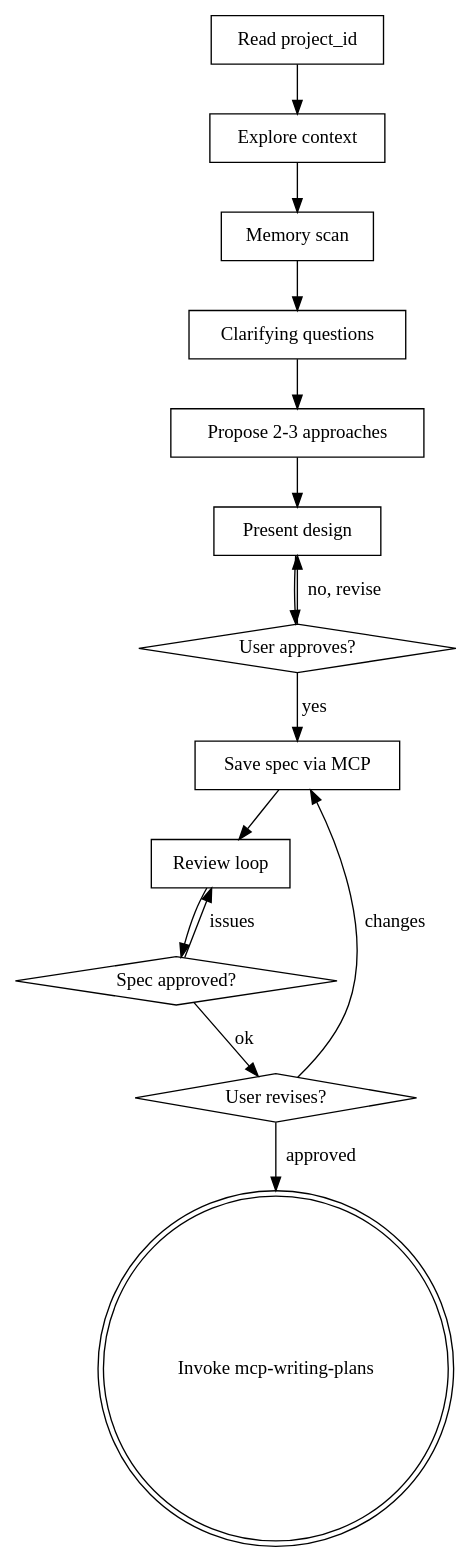
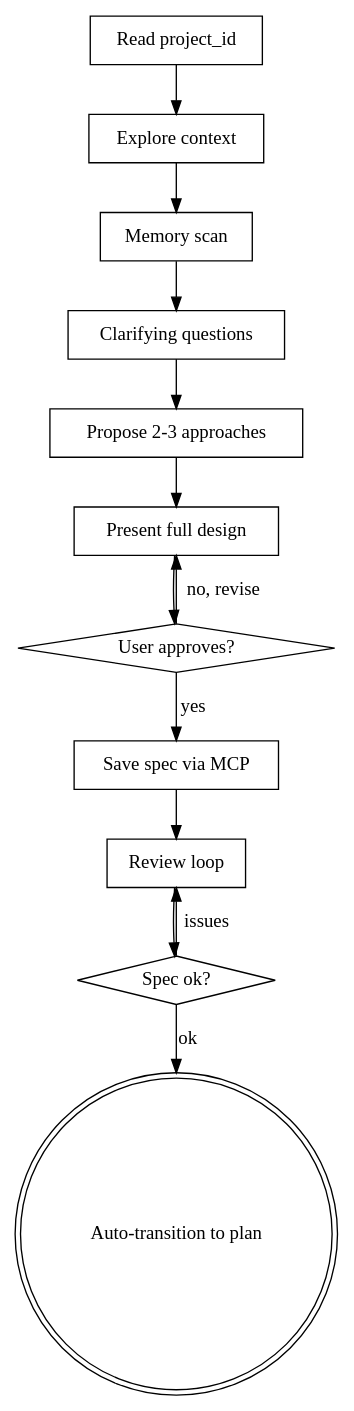
One commit to necos98/Manager-AI changed the diagram in .claude/skills/mcp-brainstorming/SKILL.md. Above: the diagram before and after it, drawn with Graphviz. The commit also changed other lines of this file and 25 other files, not shown here.

````diff
--- a/.claude/skills/mcp-brainstorming/SKILL.md
+++ b/.claude/skills/mcp-brainstorming/SKILL.md
@@ -37,31 +36,28 @@
 ```dot
 digraph mcp_brainstorming {
     "Read project_id" [shape=box];
     "Explore context" [shape=box];
     "Memory scan" [shape=box];
     "Clarifying questions" [shape=box];
     "Propose 2-3 approaches" [shape=box];
-    "Present design" [shape=box];
+    "Present full design" [shape=box];
     "User approves?" [shape=diamond];
     "Save spec via MCP" [shape=box];
     "Review loop" [shape=box];
-    "Spec approved?" [shape=diamond];
-    "User revises?" [shape=diamond];
-    "Invoke mcp-writing-plans" [shape=doublecircle];
+    "Spec ok?" [shape=diamond];
+    "Auto-transition to plan" [shape=doublecircle];
 
     "Read project_id" -> "Explore context";
     "Explore context" -> "Memory scan";
     "Memory scan" -> "Clarifying questions";
     "Clarifying questions" -> "Propose 2-3 approaches";
-    "Propose 2-3 approaches" -> "Present design";
-    "Present design" -> "User approves?";
-    "User approves?" -> "Present design" [label="no, revise"];
+    "Propose 2-3 approaches" -> "Present full design";
+    "Present full design" -> "User approves?";
+    "User approves?" -> "Present full design" [label="no, revise"];
     "User approves?" -> "Save spec via MCP" [label="yes"];
     "Save spec via MCP" -> "Review loop";
-    "Review loop" -> "Spec approved?";
-    "Spec approved?" -> "Review loop" [label="issues"];
-    "Spec approved?" -> "User revises?" [label="ok"];
-    "User revises?" -> "Save spec via MCP" [label="changes"];
-    "User revises?" -> "Invoke mcp-writing-plans" [label="approved"];
+    "Review loop" -> "Spec ok?";
+    "Spec ok?" -> "Review loop" [label="issues"];
+    "Spec ok?" -> "Auto-transition to plan" [label="ok"];
 }
 ```
````
